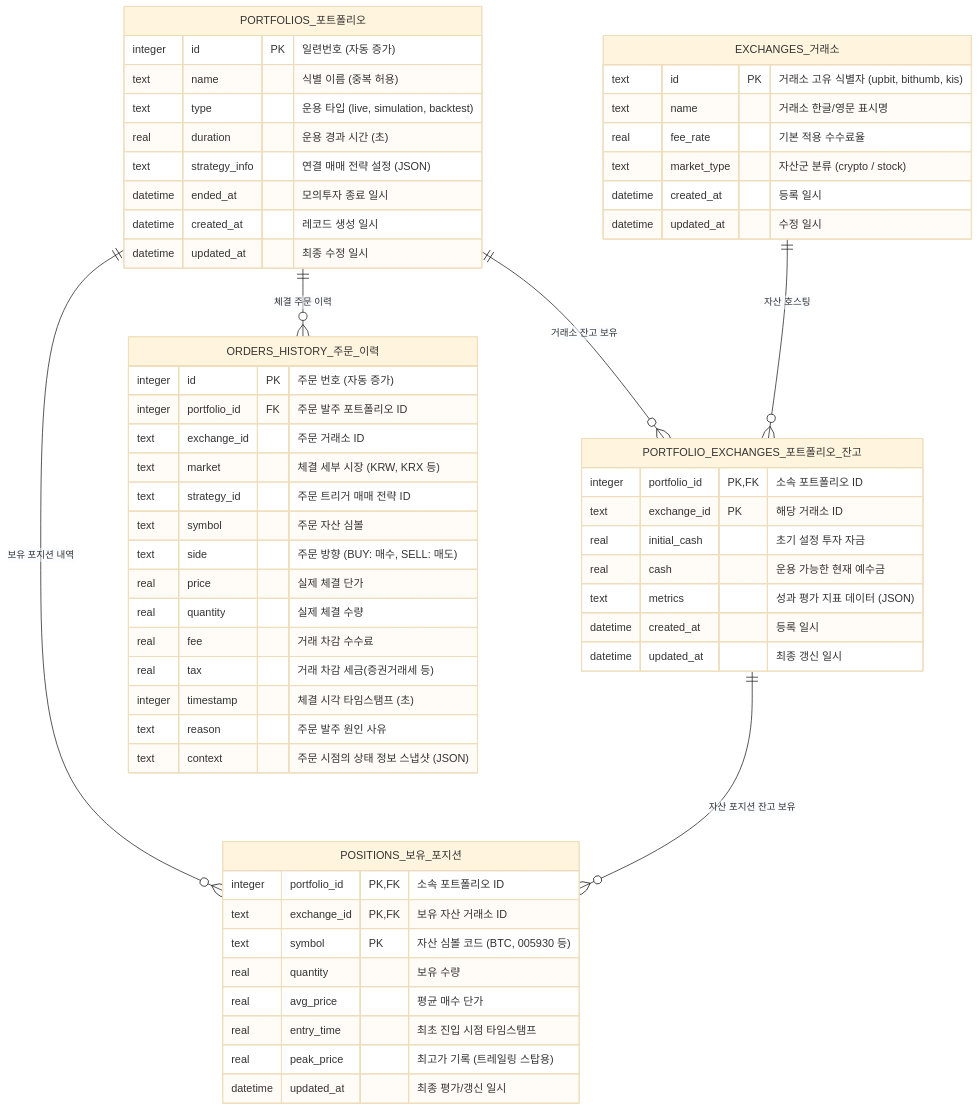
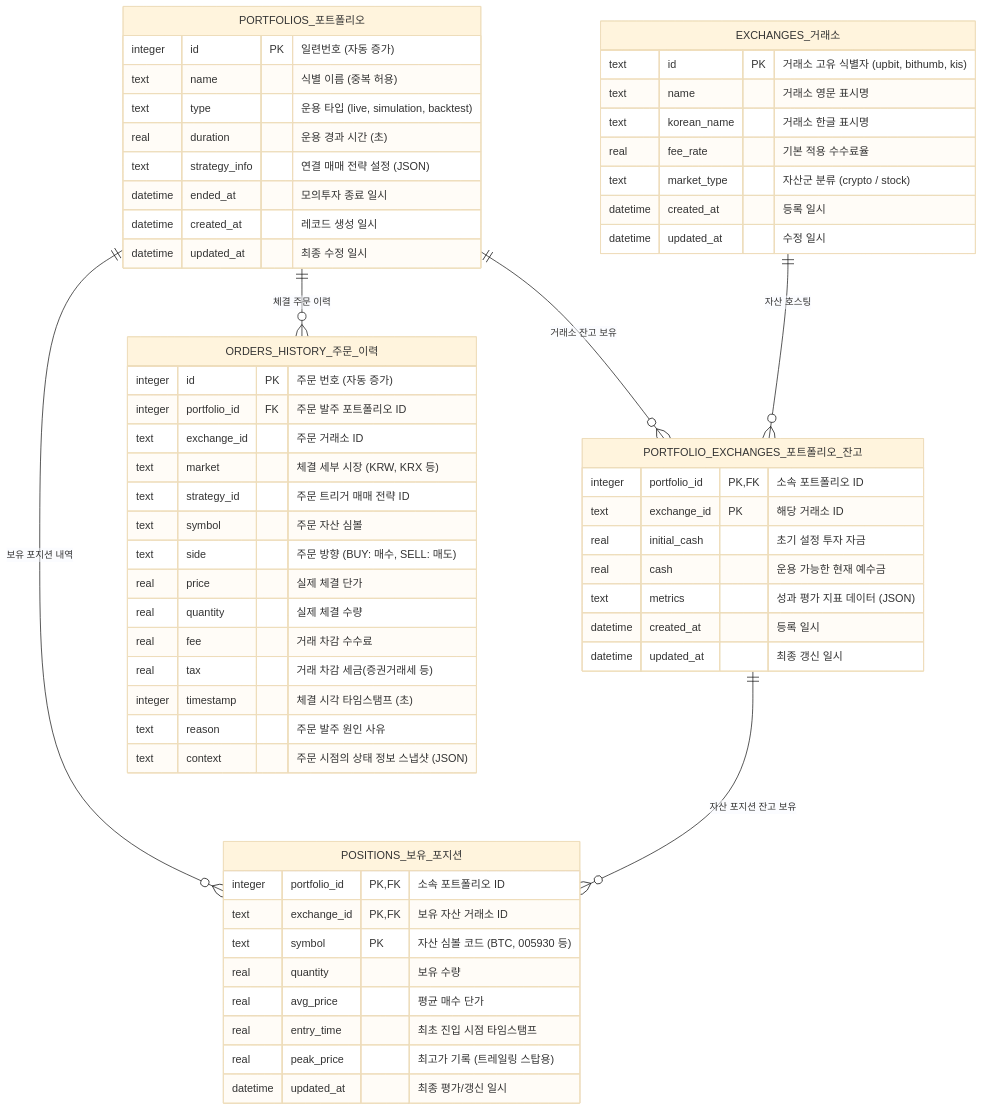
Before and after one commit to yslsoft-ui/ATS: the second of 5 diagrams in docs/database.md, drawn with Mermaid (base theme). The commit also changed other lines of this file and 5 other files, not shown here.

````diff
--- a/docs/database.md
+++ b/docs/database.md
@@ -82,66 +82,67 @@
 ```mermaid
 erDiagram
     PORTFOLIOS_포트폴리오 ||--o{ PORTFOLIO_EXCHANGES_포트폴리오_잔고 : "거래소 잔고 보유"
     PORTFOLIOS_포트폴리오 ||--o{ POSITIONS_보유_포지션 : "보유 포지션 내역"
     PORTFOLIOS_포트폴리오 ||--o{ ORDERS_HISTORY_주문_이력 : "체결 주문 이력"
     EXCHANGES_거래소 ||--o{ PORTFOLIO_EXCHANGES_포트폴리오_잔고 : "자산 호스팅"
     PORTFOLIO_EXCHANGES_포트폴리오_잔고 ||--o{ POSITIONS_보유_포지션 : "자산 포지션 잔고 보유"
 
     PORTFOLIOS_포트폴리오 {
         integer id PK "일련번호 (자동 증가)"
         text name "식별 이름 (중복 허용)"
         text type "운용 타입 (live, simulation, backtest)"
         real duration "운용 경과 시간 (초)"
         text strategy_info "연결 매매 전략 설정 (JSON)"
         datetime ended_at "모의투자 종료 일시"
         datetime created_at "레코드 생성 일시"
         datetime updated_at "최종 수정 일시"
     }
 
     EXCHANGES_거래소 {
         text id PK "거래소 고유 식별자 (upbit, bithumb, kis)"
-        text name "거래소 한글/영문 표시명"
+        text name "거래소 영문 표시명"
+        text korean_name "거래소 한글 표시명"
         real fee_rate "기본 적용 수수료율"
         text market_type "자산군 분류 (crypto / stock)"
         datetime created_at "등록 일시"
         datetime updated_at "수정 일시"
     }
 
     PORTFOLIO_EXCHANGES_포트폴리오_잔고 {
         integer portfolio_id PK, FK "소속 포트폴리오 ID"
         text exchange_id PK "해당 거래소 ID"
         real initial_cash "초기 설정 투자 자금"
         real cash "운용 가능한 현재 예수금"
         text metrics "성과 평가 지표 데이터 (JSON)"
         datetime created_at "등록 일시"
         datetime updated_at "최종 갱신 일시"
     }
 
     POSITIONS_보유_포지션 {
         integer portfolio_id PK, FK "소속 포트폴리오 ID"
         text exchange_id PK, FK "보유 자산 거래소 ID"
         text symbol PK "자산 심볼 코드 (BTC, 005930 등)"
         real quantity "보유 수량"
         real avg_price "평균 매수 단가"
         real entry_time "최초 진입 시점 타임스탬프"
         real peak_price "최고가 기록 (트레일링 스탑용)"
         datetime updated_at "최종 평가/갱신 일시"
     }
 
     ORDERS_HISTORY_주문_이력 {
         integer id PK "주문 번호 (자동 증가)"
         integer portfolio_id FK "주문 발주 포트폴리오 ID"
         text exchange_id "주문 거래소 ID"
         text market "체결 세부 시장 (KRW, KRX 등)"
         text strategy_id "주문 트리거 매매 전략 ID"
         text symbol "주문 자산 심볼"
         text side "주문 방향 (BUY: 매수, SELL: 매도)"
         real price "실제 체결 단가"
         real quantity "실제 체결 수량"
         real fee "거래 차감 수수료"
         real tax "거래 차감 세금(증권거래세 등)"
         integer timestamp "체결 시각 타임스탬프 (초)"
         text reason "주문 발주 원인 사유"
         text context "주문 시점의 상태 정보 스냅샷 (JSON)"
     }
 ```
````
